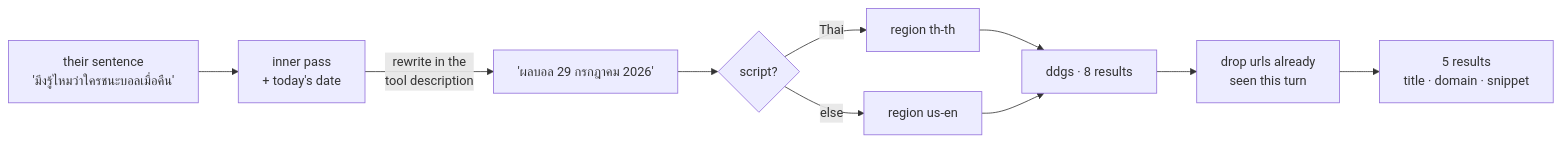
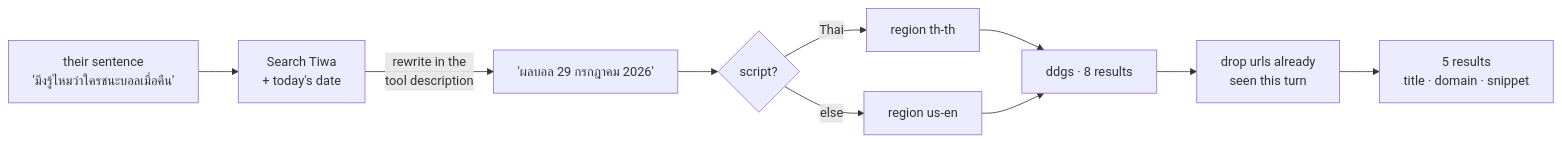
The diagram in docs/concepts/search.md (krichpapath/Tiwa-Utility-Chatbot), drawn with Mermaid before and after one commit. The commit also changed other lines of this file and 17 other files, not shown here.

````diff
--- a/docs/concepts/search.md
+++ b/docs/concepts/search.md
@@ -57,12 +57,12 @@
 ```mermaid
 flowchart LR
-    U[their sentence<br/>'มึงรู้ไหมว่าใครชนะบอลเมื่อคืน'] --> P[inner pass<br/>+ today's date]
+    U[their sentence<br/>'มึงรู้ไหมว่าใครชนะบอลเมื่อคืน'] --> P[Search Tiwa<br/>+ today's date]
     P -->|rewrite in the<br/>tool description| Q['ผลบอล 29 กรกฎาคม 2026']
     Q --> R{script?}
     R -->|Thai| TH[region th-th]
     R -->|else| EN[region us-en]
     TH --> D[ddgs · 8 results]
     EN --> D
     D --> F[drop urls already<br/>seen this turn]
     F --> O[5 results<br/>title · domain · snippet]
 ```
````
